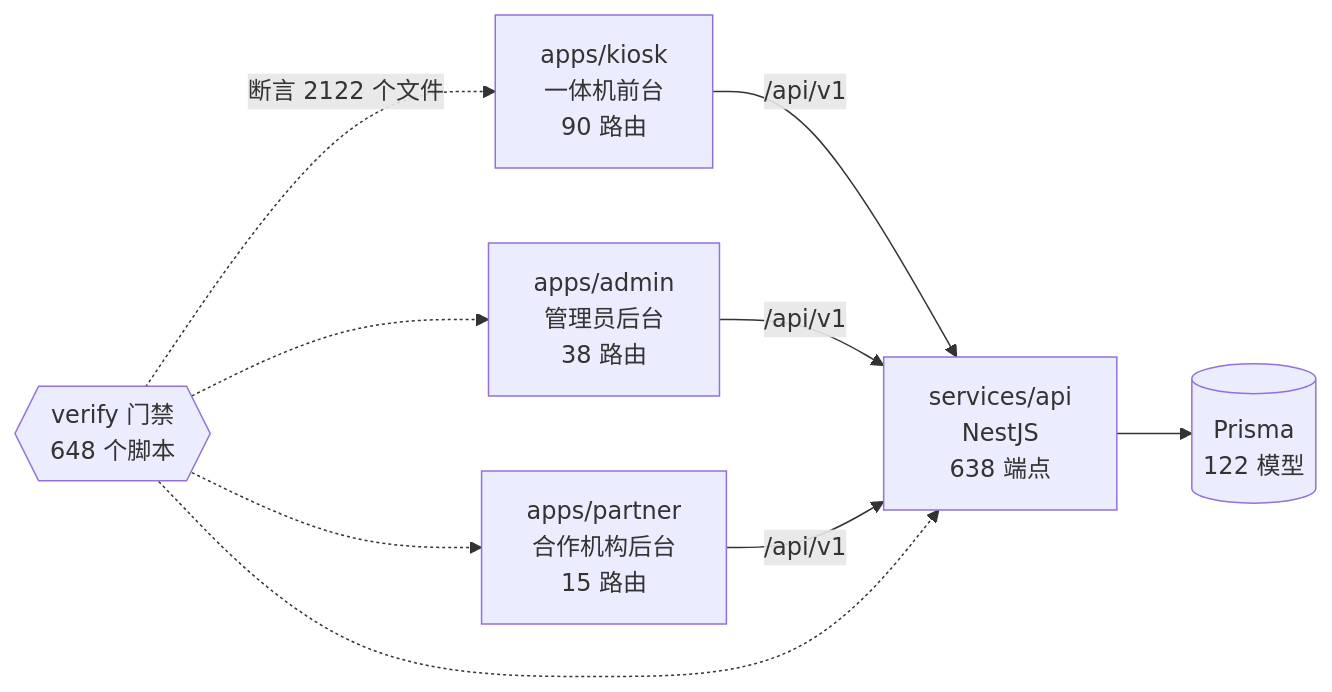
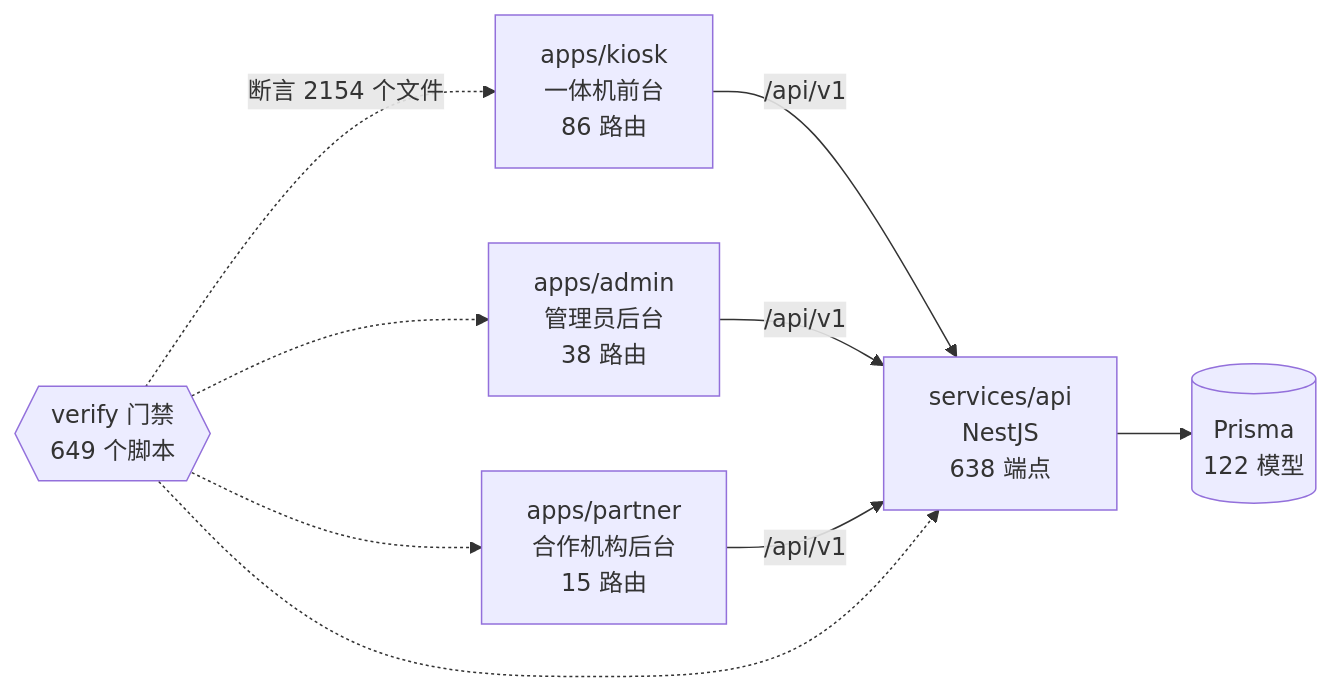
The diagram in docs/graph/README.md (wanglei581/YITIJI), drawn with Mermaid before and after one commit. The commit also changed other lines of this file and 88 other files, not shown here.

````diff
--- a/docs/graph/README.md
+++ b/docs/graph/README.md
@@ -68,18 +68,18 @@
 ```mermaid
 flowchart LR
-  kiosk["apps/kiosk<br/>一体机前台<br/>90 路由"]
+  kiosk["apps/kiosk<br/>一体机前台<br/>86 路由"]
   admin["apps/admin<br/>管理员后台<br/>38 路由"]
   partner["apps/partner<br/>合作机构后台<br/>15 路由"]
   api["services/api<br/>NestJS<br/>638 端点"]
   db[("Prisma<br/>122 模型")]
-  gates{{"verify 门禁<br/>648 个脚本"}}
+  gates{{"verify 门禁<br/>649 个脚本"}}
 
   kiosk -->|"/api/v1"| api
   admin -->|"/api/v1"| api
   partner -->|"/api/v1"| api
   api --> db
-  gates -.->|"断言 2122 个文件"| kiosk
+  gates -.->|"断言 2154 个文件"| kiosk
   gates -.-> admin
   gates -.-> partner
   gates -.-> api
 ```
````
